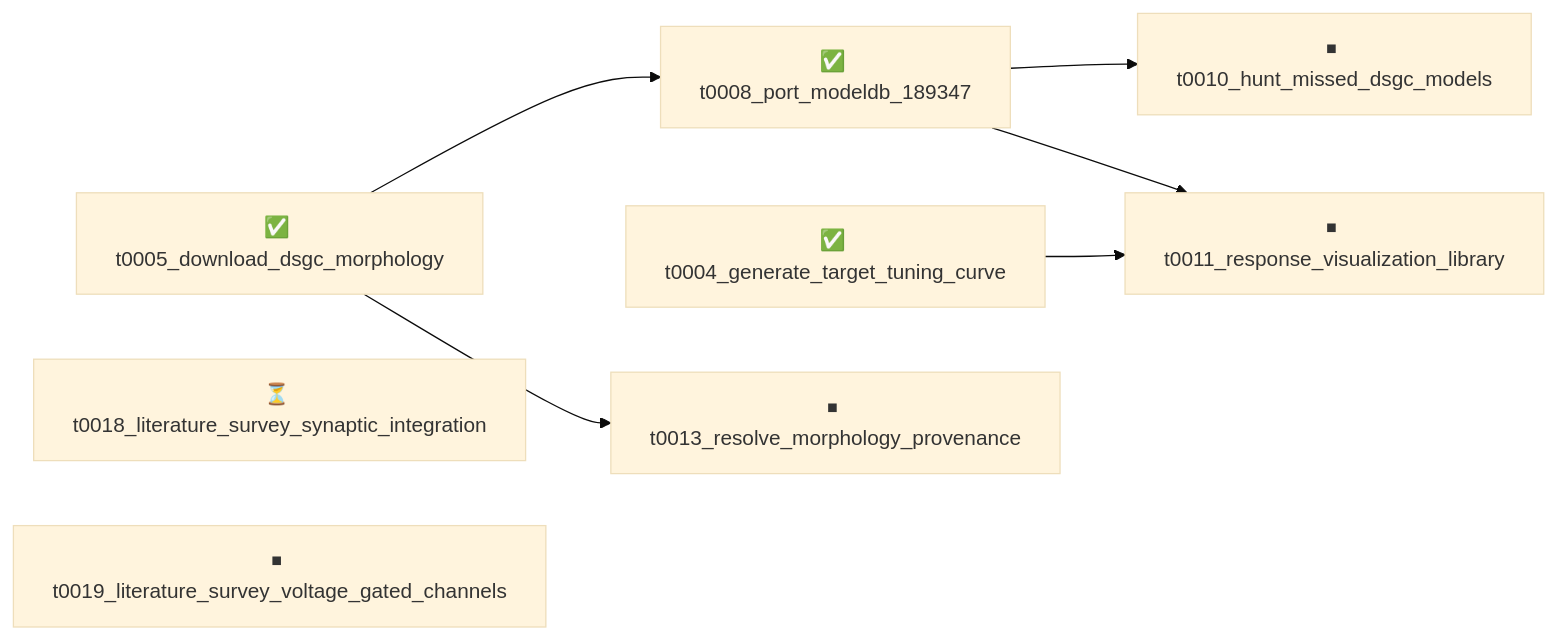
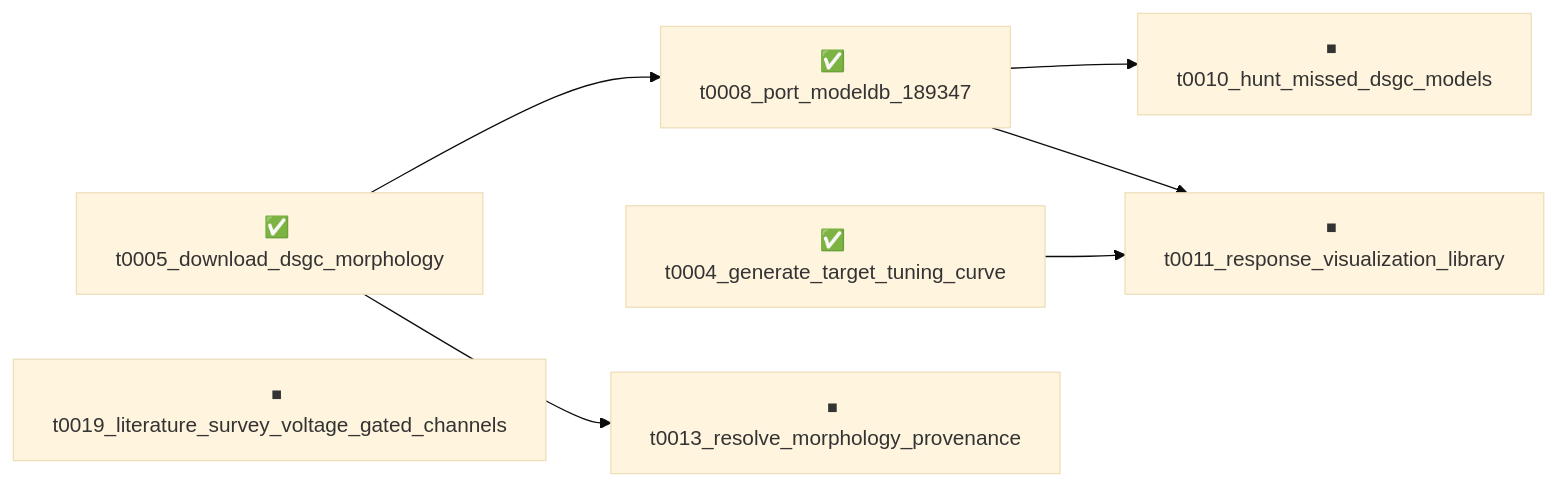
One commit to tonza17/neuron-channels changed the diagram in overview/tasks/README.md. Above: the diagram before and after it, drawn with Mermaid (base theme). The commit also changed other lines of this file and 47 other files, not shown here.

Commit message:
overview: refresh after t0018_literature_survey_synaptic_integration merge

````diff
--- a/overview/tasks/README.md
+++ b/overview/tasks/README.md
@@ -13,17 +12,16 @@
 ```mermaid
 graph LR
     t0004_generate_target_tuning_curve["✅ t0004_generate_target_tuning_curve"]
     t0005_download_dsgc_morphology["✅ t0005_download_dsgc_morphology"]
     t0008_port_modeldb_189347["✅ t0008_port_modeldb_189347"]
     t0010_hunt_missed_dsgc_models["⏹ t0010_hunt_missed_dsgc_models"]
     t0011_response_visualization_library["⏹ t0011_response_visualization_library"]
     t0013_resolve_morphology_provenance["⏹ t0013_resolve_morphology_provenance"]
-    t0018_literature_survey_synaptic_integration["⏳ t0018_literature_survey_synaptic_integration"]
     t0019_literature_survey_voltage_gated_channels["⏹ t0019_literature_survey_voltage_gated_channels"]
 
     t0005_download_dsgc_morphology --> t0008_port_modeldb_189347
     t0008_port_modeldb_189347 --> t0010_hunt_missed_dsgc_models
     t0004_generate_target_tuning_curve --> t0011_response_visualization_library
     t0008_port_modeldb_189347 --> t0011_response_visualization_library
     t0005_download_dsgc_morphology --> t0013_resolve_morphology_provenance
 ```
````
